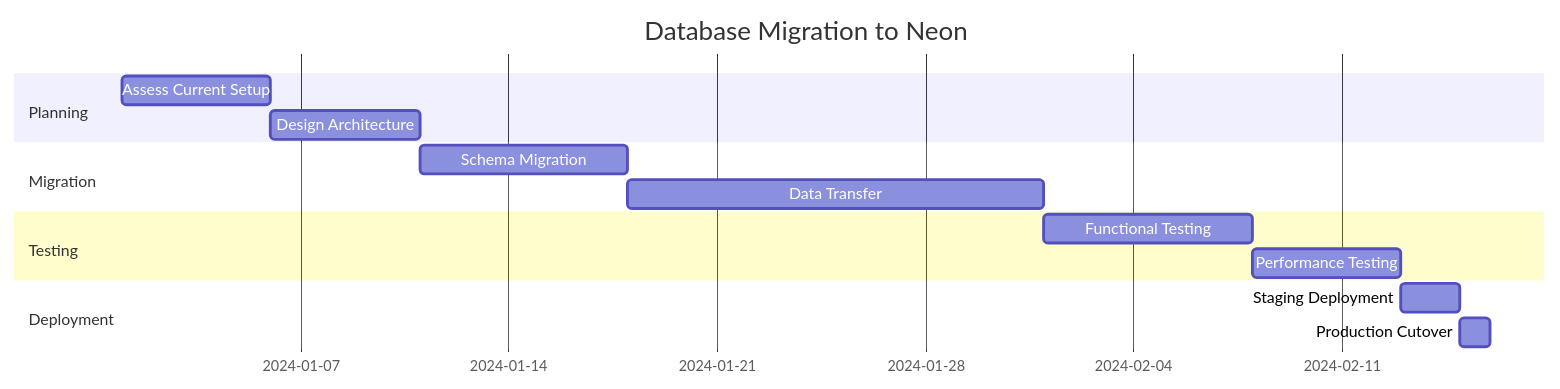
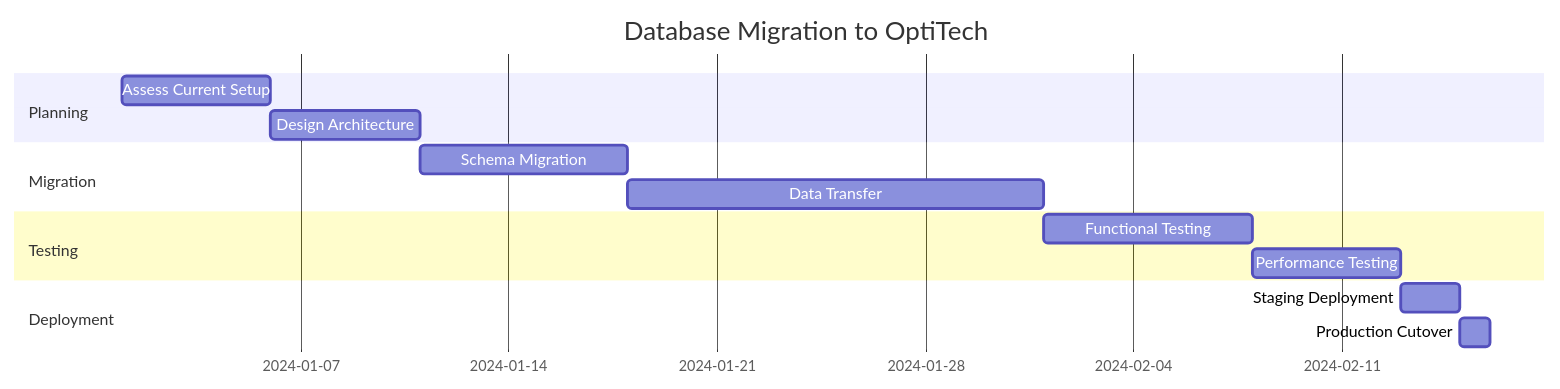
The eighth of 8 diagrams in content/docs/community/mermaid-diagrams.md (prakto-org/optitech-hemsida), drawn with Mermaid before and after one commit. The commit also changed other lines of this file and 2084 other files, not shown here.

First line of the commit message:
feat: rebrand Neon site to OptiTech

````diff
--- a/content/docs/community/mermaid-diagrams.md
+++ b/content/docs/community/mermaid-diagrams.md
@@ -541,17 +541,17 @@
 ```mermaid
 gantt
-    title Database Migration to Neon
+    title Database Migration to OptiTech
     dateFormat YYYY-MM-DD
     section Planning
         Assess Current Setup    :a1, 2024-01-01, 5d
         Design Architecture     :a2, after a1, 5d
     section Migration
         Schema Migration        :b1, after a2, 7d
         Data Transfer          :b2, after b1, 14d
     section Testing
         Functional Testing     :c1, after b2, 7d
         Performance Testing    :c2, after c1, 5d
     section Deployment
         Staging Deployment     :d1, after c2, 2d
         Production Cutover     :d2, after d1, 1d
 ```
````
